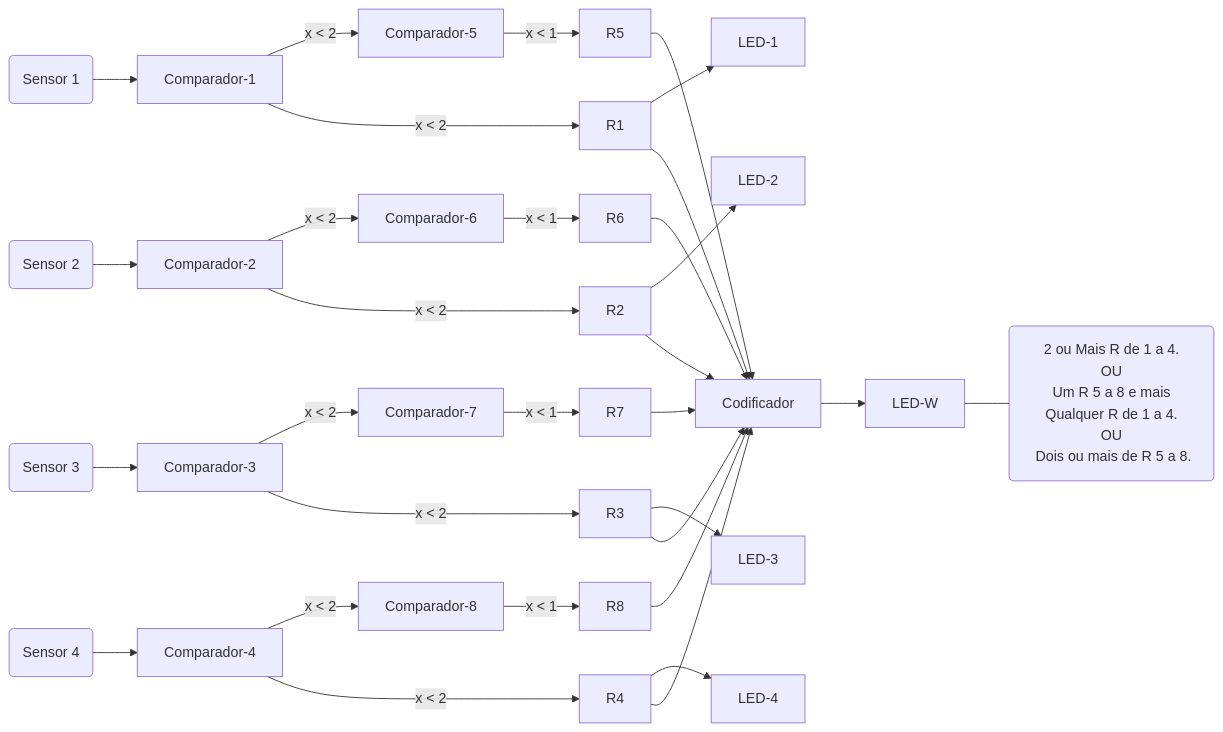
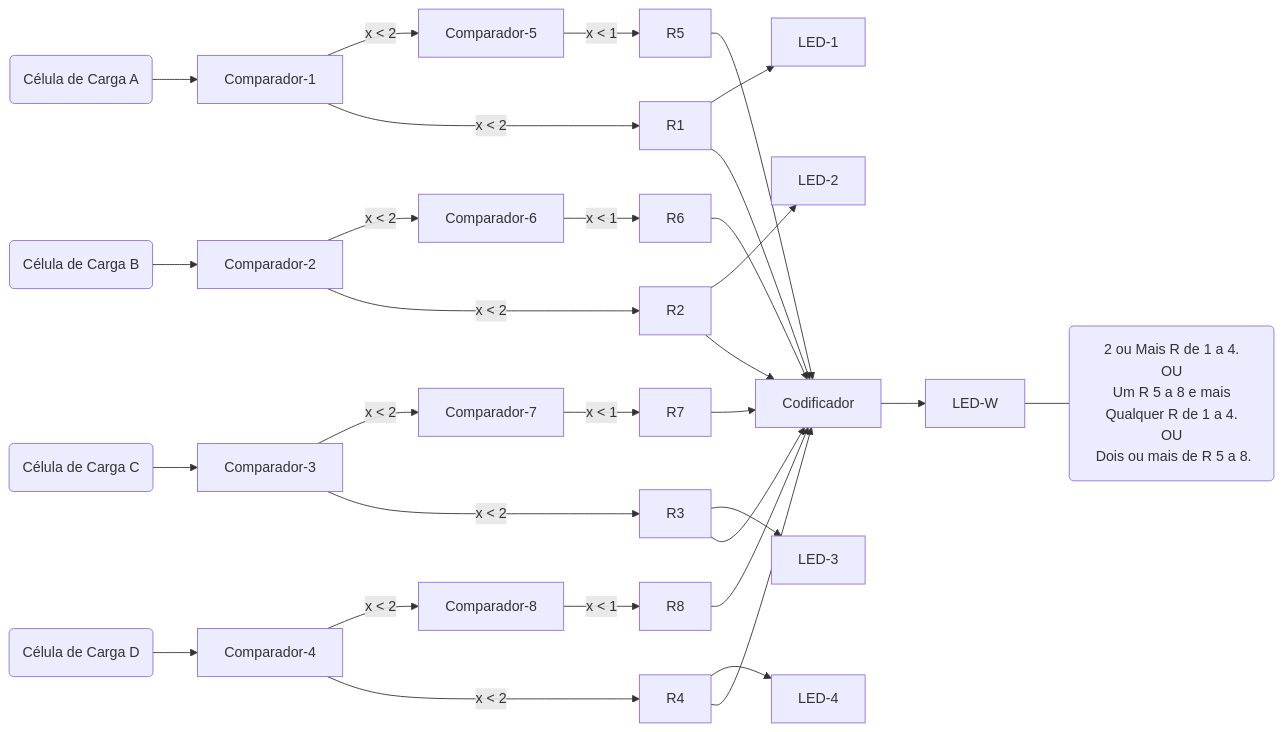
One commit to Enzo0100/Solar-Quality changed the second of 3 diagrams in README.md. Above: the diagram before and after it, drawn with Mermaid. The commit also changed other lines of this file, not shown here.

````diff
--- a/README.md
+++ b/README.md
@@ -111,33 +111,33 @@
 ```mermaid
 graph LR; 
-sensorA(Sensor 1)-->Comparador-1
-sensorB(Sensor 2)-->Comparador-2
-sensorC(Sensor 3)-->Comparador-3
-sensorD(Sensor 4)-->Comparador-4
+sensorA(Célula de Carga A)-->Comparador-1
+sensorB(Célula de Carga B)-->Comparador-2
+sensorC(Célula de Carga C)-->Comparador-3
+sensorD(Célula de Carga D)-->Comparador-4
 Comparador-1-->|x < 2|Comparador-5
 Comparador-2-->|x < 2|Comparador-6
 Comparador-3-->|x < 2|Comparador-7
 Comparador-4-->|x < 2|Comparador-8
 Comparador-1-->|x < 2|R1
 Comparador-2-->|x < 2|R2
 Comparador-3-->|x < 2|R3
 Comparador-4-->|x < 2|R4
 Comparador-5-->|x < 1|R5
 Comparador-6-->|x < 1|R6
 Comparador-7-->|x < 1|R7
 Comparador-8-->|x < 1|R8
 R1-->LED-1
 R2-->LED-2
 R3-->LED-3
 R4-->LED-4
 R1-->Codificador
 R2-->Codificador
 R3-->Codificador
 R4-->Codificador
 R5-->Codificador
 R6-->Codificador
 R7-->Codificador
 R8-->Codificador
 Codificador-->LED-W
 LED-W---led(2 ou Mais R de 1 a 4.\nOU\n Um R 5 a 8 e mais Qualquer R de 1 a 4.\nOU\n Dois ou mais de R 5 a 8.)
 ```
````
